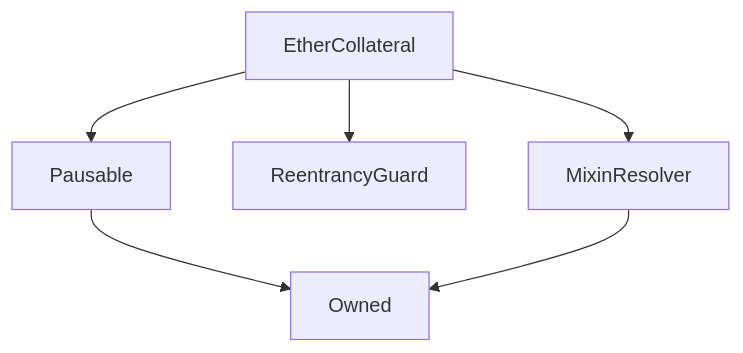
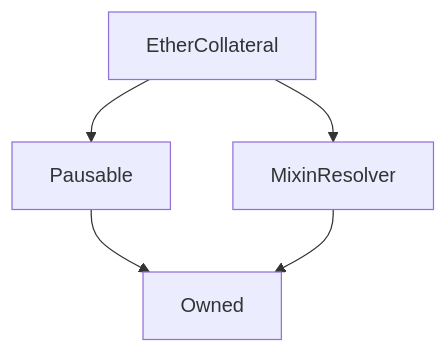
Before and after one commit to Synthetixio/synthetix-docs: the diagram in content/contracts/EtherCollateral.md, drawn with Mermaid. The commit also changed other lines of this file and 23 other files, not shown here.

````diff
--- a/content/contracts/EtherCollateral.md
+++ b/content/contracts/EtherCollateral.md
@@ -35,8 +36,7 @@
 ```mermaid
 graph TD
     EtherCollateral[EtherCollateral] --> Pausable[Pausable]
-    EtherCollateral[EtherCollateral] --> ReentrancyGuard[ReentrancyGuard]
     EtherCollateral[EtherCollateral] --> MixinResolver[MixinResolver]
     Pausable[Pausable] --> Owned[Owned]
     MixinResolver[MixinResolver] --> Owned[Owned]
 ```
````
